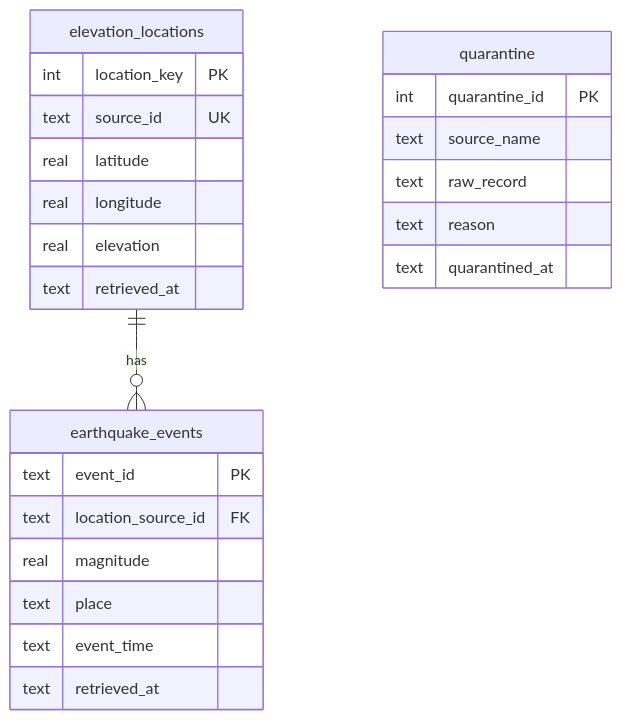
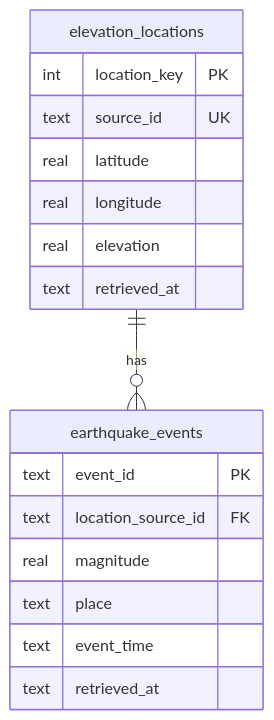
The diagram in README.md (se-230717043/earthquake-seismic-pipeline), drawn with Mermaid before and after one commit. The commit also changed other lines of this file and 24 other files, not shown here.

````diff
--- a/README.md
+++ b/README.md
@@ -43,30 +32,20 @@
 ```mermaid
 erDiagram
     elevation_locations ||--o{ earthquake_events : "has"
-
     elevation_locations {
         int location_key PK
         text source_id UK
         real latitude
         real longitude
         real elevation
         text retrieved_at
     }
-
     earthquake_events {
         text event_id PK
         text location_source_id FK
         real magnitude
         text place
         text event_time
         text retrieved_at
     }
-
-    quarantine {
-        int quarantine_id PK
-        text source_name
-        text raw_record
-        text reason
-        text quarantined_at
-    }
 ```
````
